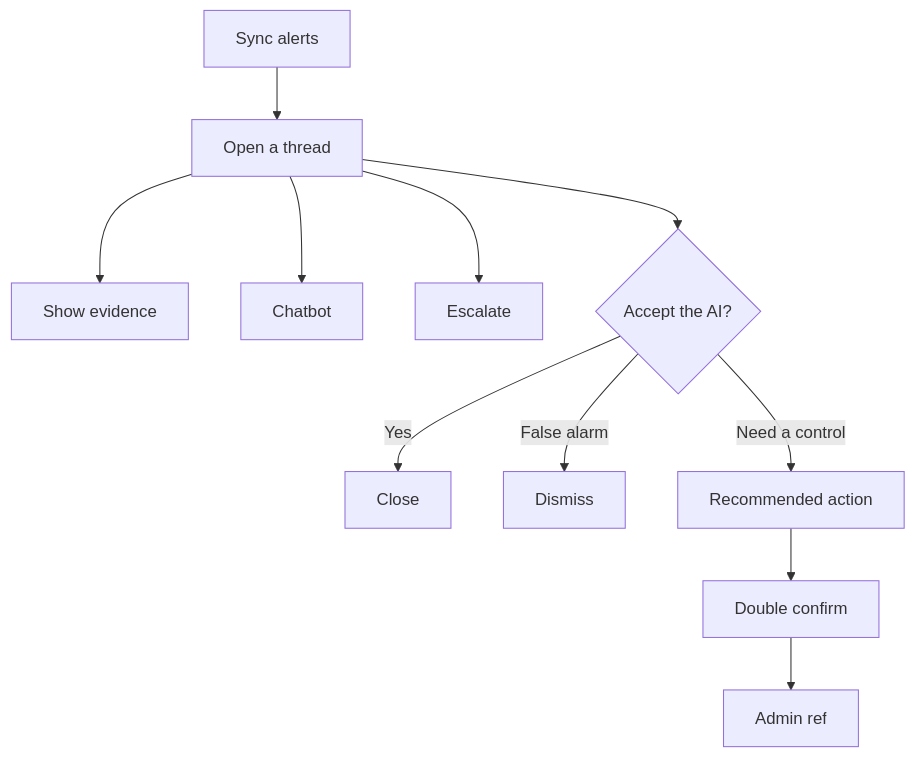
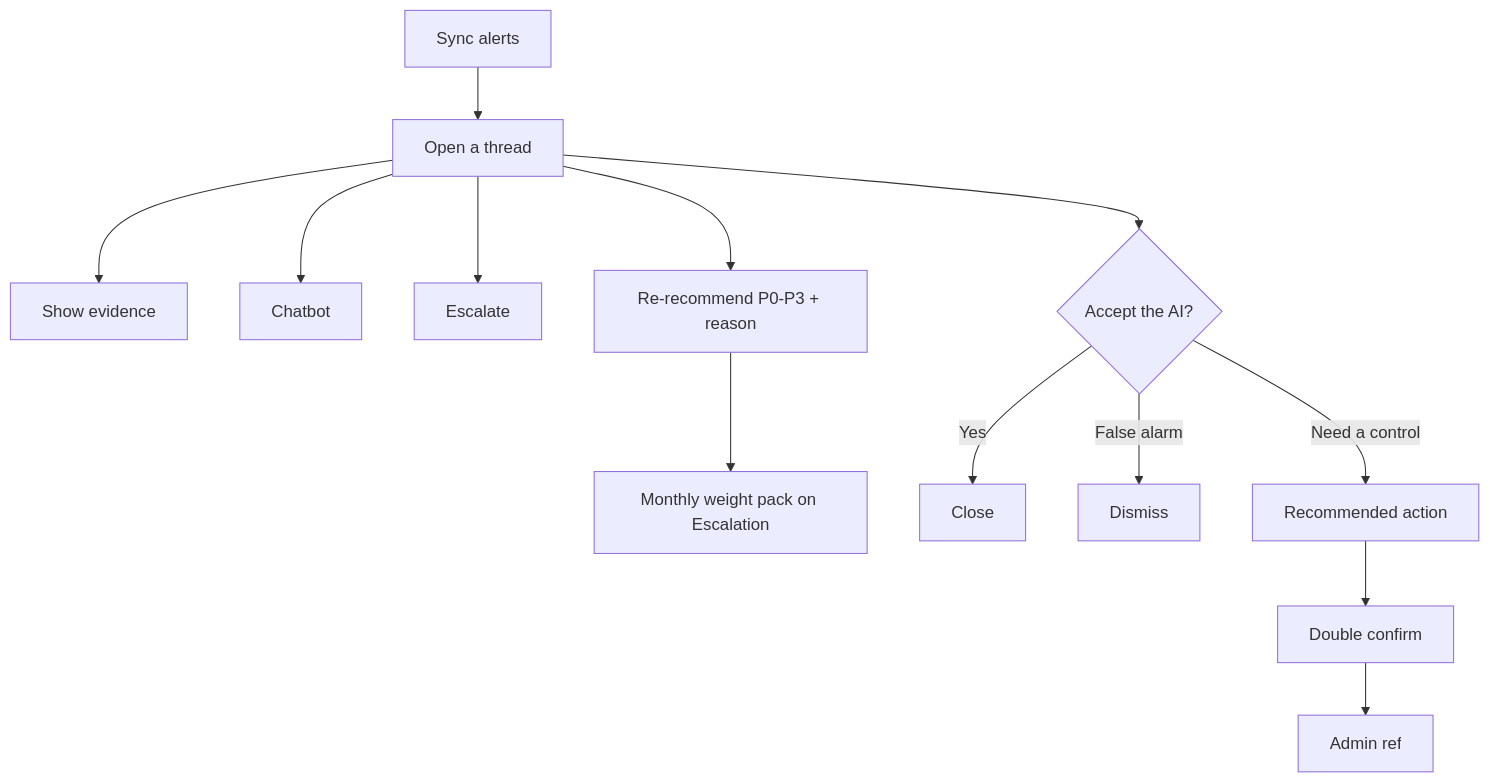
The tenth of 13 diagrams in platform/docs/USER_GUIDE.md (hxyan2020/PRD), drawn with Mermaid before and after one commit. The commit also changed other lines of this file and 11 other files, not shown here.

````diff
--- a/platform/docs/USER_GUIDE.md
+++ b/platform/docs/USER_GUIDE.md
@@ -514,13 +515,15 @@
 ```mermaid
 graph TD
   Sync[Sync alerts] --> Thread[Open a thread]
   Thread --> Ev[Show evidence]
   Thread --> Chat[Chatbot]
   Thread --> Esc[Escalate]
+  Thread --> Sev[Re-recommend P0-P3 + reason]
+  Sev --> Pack[Monthly weight pack on Escalation]
   Thread --> Dec{Accept the AI?}
   Dec -->|Yes| Close[Close]
   Dec -->|False alarm| Dismiss[Dismiss]
   Dec -->|Need a control| Rec[Recommended action]
   Rec --> DC[Double confirm]
   DC --> Admin[Admin ref]
 ```
````
